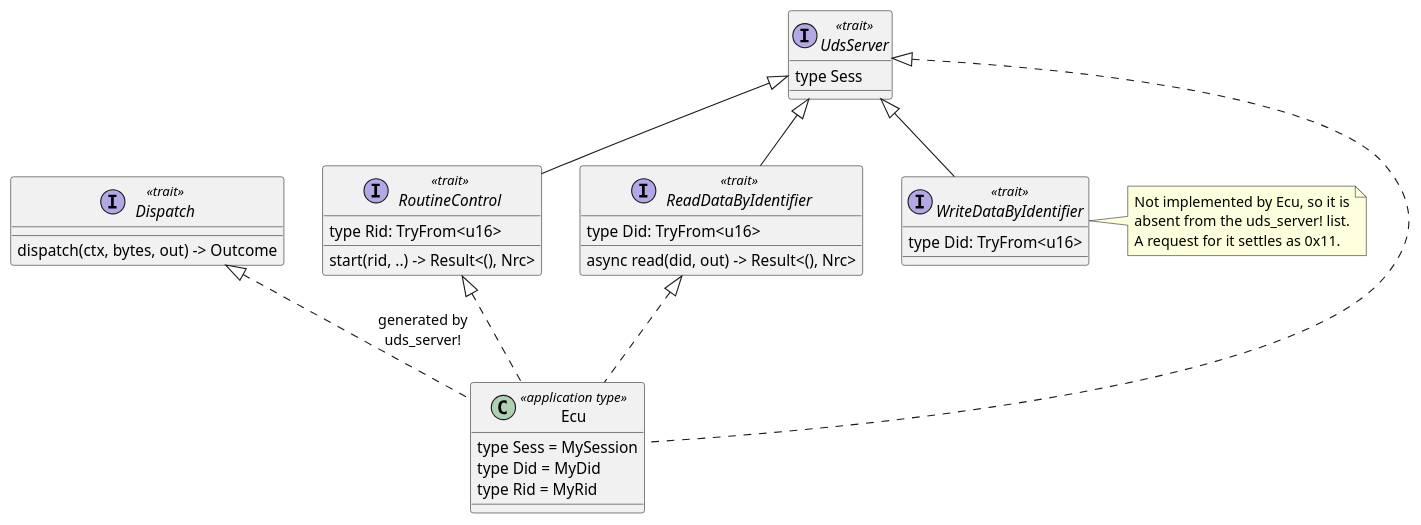
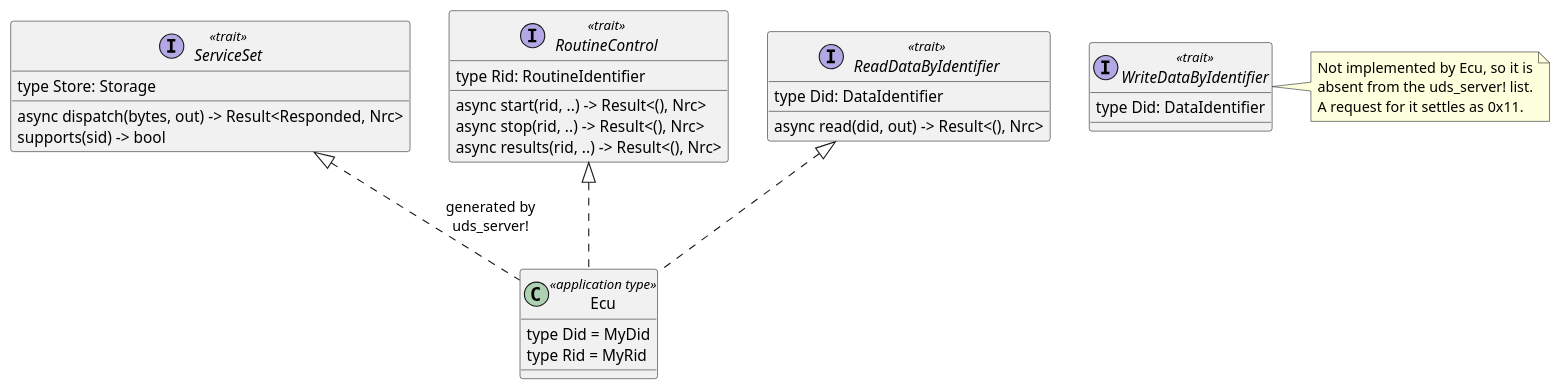
One commit to luminartech/uds_stack changed the first of 4 diagrams in crates/uds_services/docs/architecture/service-traits.rst. Above: the diagram before and after it, drawn with PlantUML. The commit also changed other lines of this file and 4 other files, not shown here.

```diff
--- a/crates/uds_services/docs/architecture/service-traits.rst
+++ b/crates/uds_services/docs/architecture/service-traits.rst
@@ -7,45 +7,40 @@
 .. uml::
    :align: center
    :caption: A server supporting two services. Dashed edges are ``impl`` blocks the
              application writes; the dispatch impl is generated.
 
    @startuml
-   interface "UdsServer" as US <<trait>> {
-     type Sess
-   }
    interface "ReadDataByIdentifier" as RDBI <<trait>> {
-     type Did: TryFrom<u16>
+     type Did: DataIdentifier
      async read(did, out) -> Result<(), Nrc>
    }
    interface "RoutineControl" as RC <<trait>> {
-     type Rid: TryFrom<u16>
-     start(rid, ..) -> Result<(), Nrc>
+     type Rid: RoutineIdentifier
+     async start(rid, ..) -> Result<(), Nrc>
+     async stop(rid, ..) -> Result<(), Nrc>
+     async results(rid, ..) -> Result<(), Nrc>
    }
    interface "WriteDataByIdentifier" as WDBI <<trait>> {
-     type Did: TryFrom<u16>
+     type Did: DataIdentifier
    }
-   interface "Dispatch" as DISP <<trait>> {
-     dispatch(ctx, bytes, out) -> Outcome
+   interface "ServiceSet" as SS <<trait>> {
+     type Store: Storage
+     async dispatch(bytes, out) -> Result<Responded, Nrc>
+     supports(sid) -> bool
    }
 
    class "Ecu" as ECU <<application type>> {
-     type Sess = MySession
      type Did = MyDid
      type Rid = MyRid
    }
 
-   RDBI -up-|> US
-   RC -up-|> US
-   WDBI -up-|> US
-
-   ECU .up.|> US
    ECU .up.|> RDBI
    ECU .up.|> RC
-   ECU .up.|> DISP : generated by\nuds_server!
+   ECU .up.|> SS : generated by\nuds_server!
 
    note right of WDBI
      Not implemented by Ecu, so it is
      absent from the uds_server! list.
      A request for it settles as 0x11.
    end note
    @enduml
```
